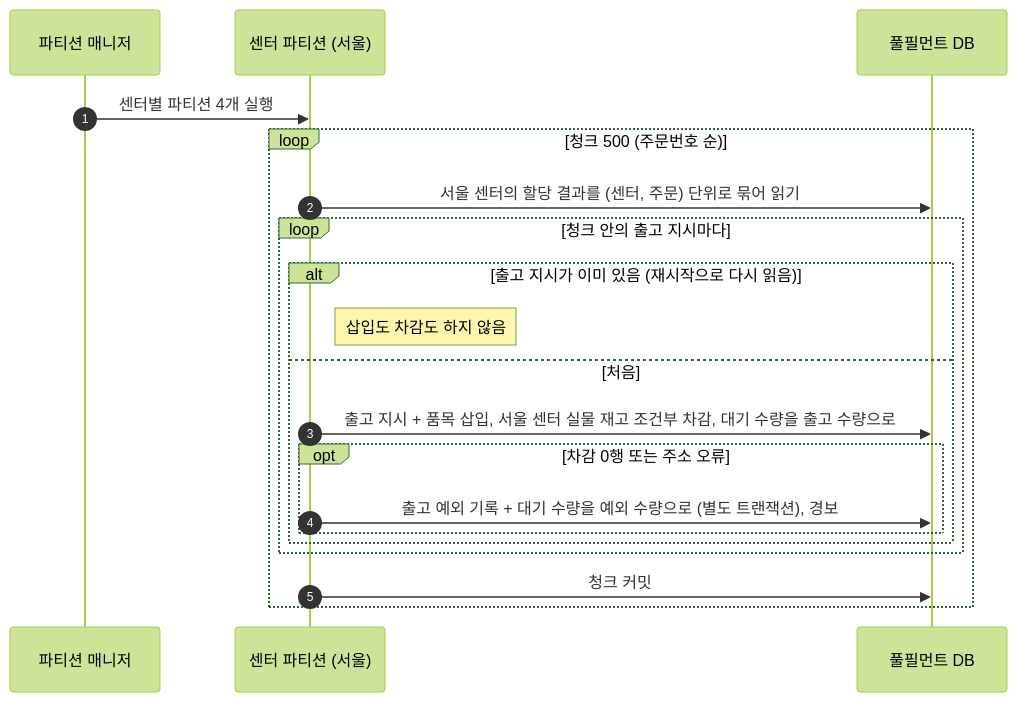
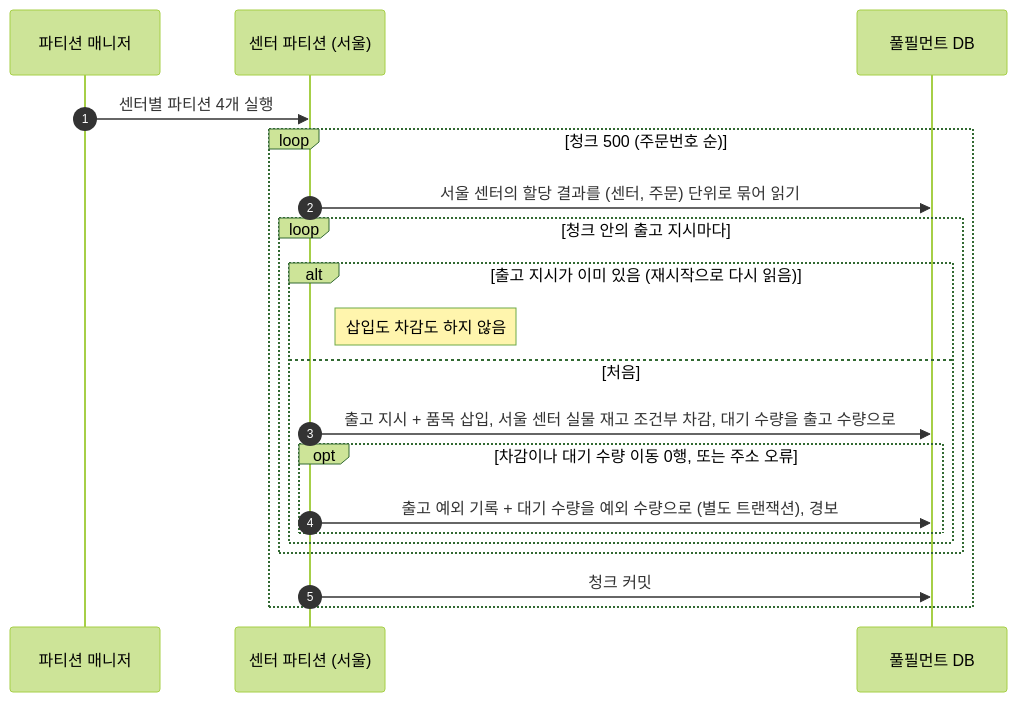
The fifth of 6 diagrams in docs/sequence/05-출고-배치.md (Bamdule/dawn-delivery-commerce), drawn with Mermaid (forest theme) before and after one commit. The commit also changed other lines of this file and 4 other files, not shown here.

````diff
--- a/docs/sequence/05-출고-배치.md
+++ b/docs/sequence/05-출고-배치.md
@@ -136,23 +141,23 @@
 ```mermaid
 sequenceDiagram
     autonumber
     participant 매니저 as 파티션 매니저
     participant 파티션 as 센터 파티션 (서울)
     participant DB as 풀필먼트 DB
 
     매니저->>파티션: 센터별 파티션 4개 실행
     loop 청크 500 (주문번호 순)
         파티션->>DB: 서울 센터의 할당 결과를 (센터, 주문) 단위로 묶어 읽기
         loop 청크 안의 출고 지시마다
             alt 출고 지시가 이미 있음 (재시작으로 다시 읽음)
                 Note right of 파티션: 삽입도 차감도 하지 않음
             else 처음
                 파티션->>DB: 출고 지시 + 품목 삽입, 서울 센터 실물 재고 조건부 차감, 대기 수량을 출고 수량으로
-                opt 차감 0행 또는 주소 오류
+                opt 차감이나 대기 수량 이동 0행, 또는 주소 오류
                     파티션->>DB: 출고 예외 기록 + 대기 수량을 예외 수량으로 (별도 트랜잭션), 경보
                 end
             end
         end
         파티션->>DB: 청크 커밋
     end
 ```
````
